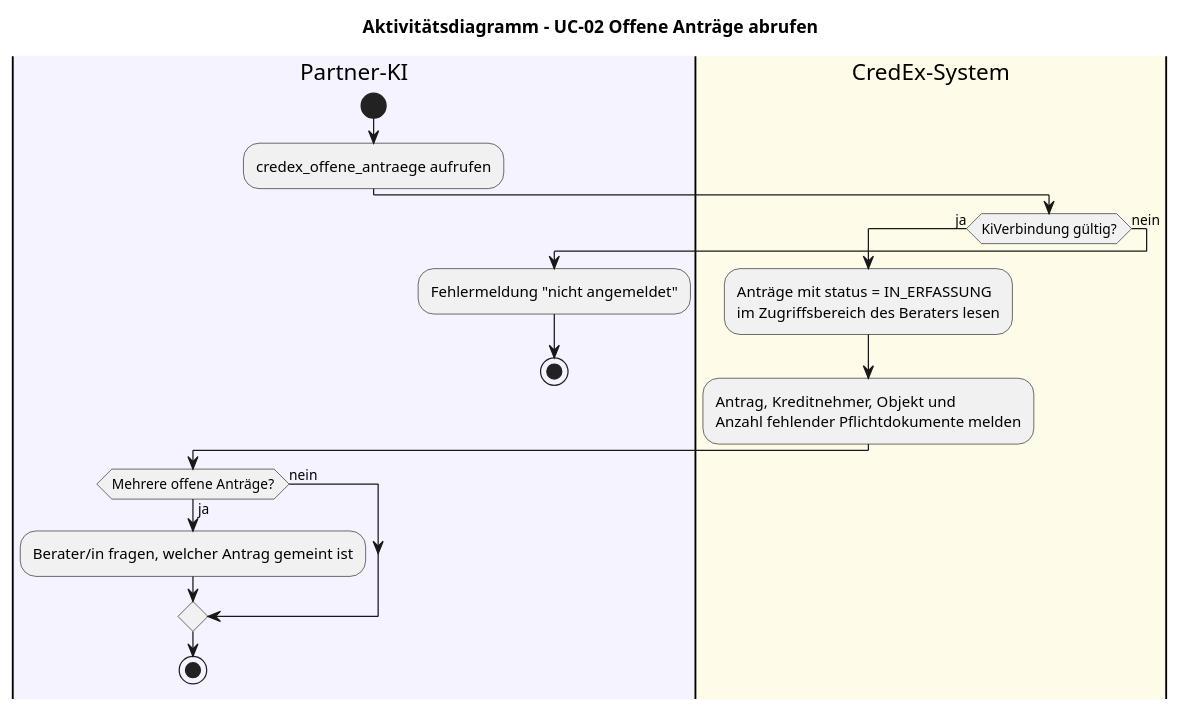
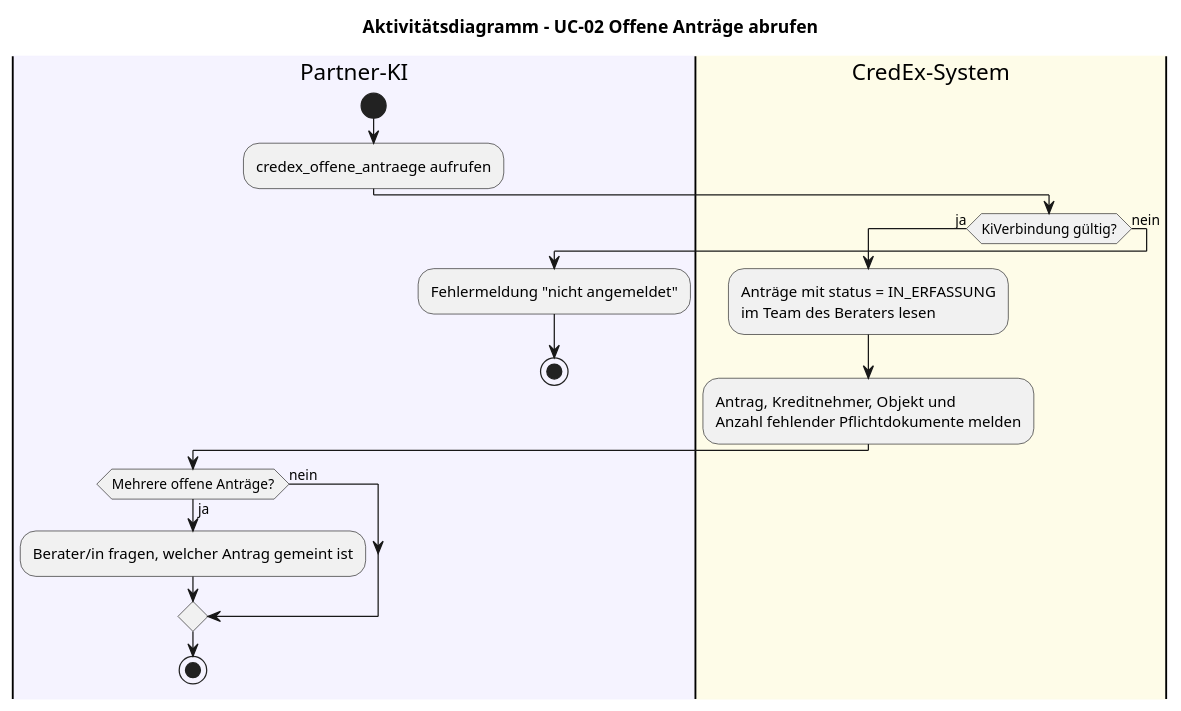
The diagram in content/use_case/offene_antraege_abrufen/offeneAntraegeAbrufen.puml (chocobear26/credex-cas), drawn with PlantUML before and after one commit. The commit also changed 121 other files, not shown here.

```diff
--- a/content/use_case/offene_antraege_abrufen/offeneAntraegeAbrufen.puml
+++ b/content/use_case/offene_antraege_abrufen/offeneAntraegeAbrufen.puml
@@ -1,21 +1,21 @@
 @startuml offeneAntraegeAbrufen
 title Aktivitätsdiagramm – UC-02 Offene Anträge abrufen
 |#F5F3FF|Partner-KI|
 start
 :credex_offene_antraege aufrufen;
 |#FEFCE8|CredEx-System|
 if (KiVerbindung gültig?) then (ja)
-  :Anträge mit status = IN_ERFASSUNG\nim Zugriffsbereich des Beraters lesen;
+  :Anträge mit status = IN_ERFASSUNG\nim Team des Beraters lesen;
   :Antrag, Kreditnehmer, Objekt und\nAnzahl fehlender Pflichtdokumente melden;
   |Partner-KI|
   if (Mehrere offene Anträge?) then (ja)
     :Berater/in fragen, welcher Antrag gemeint ist;
   else (nein)
   endif
   stop
 else (nein)
   :Fehlermeldung "nicht angemeldet";
   stop
 endif
 
 @enduml
```
